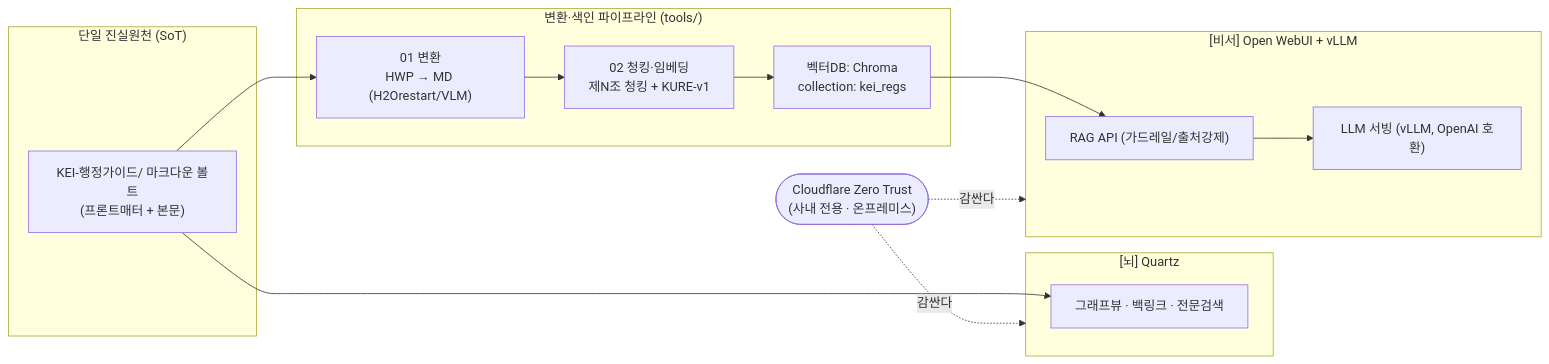
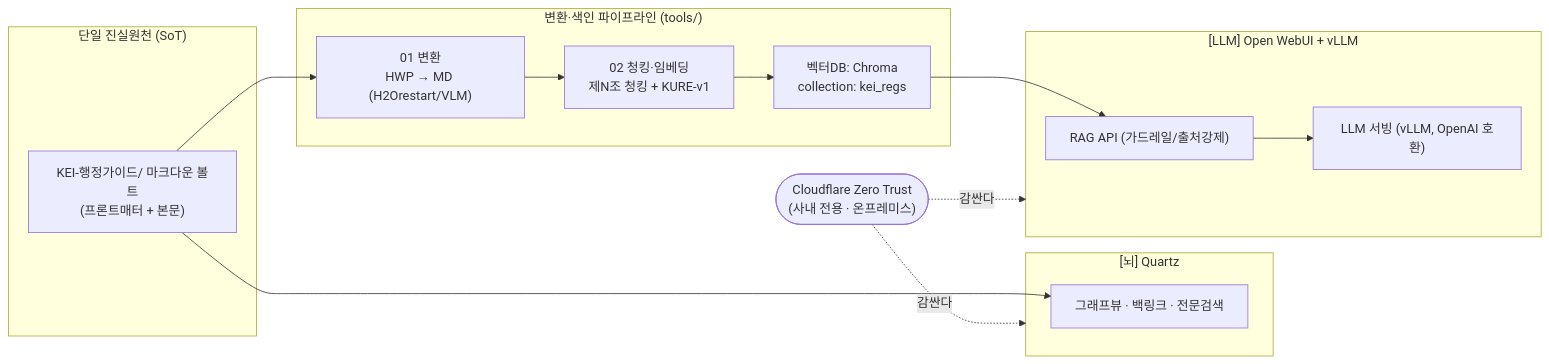
The diagram in docs/11-glossary.md (mooner92/KEIAdminSuperv), drawn with Mermaid before and after one commit. The commit also changed other lines of this file and 50 other files, not shown here.

````diff
--- a/docs/11-glossary.md
+++ b/docs/11-glossary.md
@@ -16,28 +16,28 @@
 ```mermaid
 flowchart LR
     subgraph SoT["단일 진실원천 (SoT)"]
         V["KEI-행정가이드/ 마크다운 볼트<br/>(프론트매터 + 본문)"]
     end
 
     subgraph Pipe["변환·색인 파이프라인 (tools/)"]
         C1["01 변환<br/>HWP → MD (H2Orestart/VLM)"]
         C2["02 청킹·임베딩<br/>제N조 청킹 + KURE-v1"]
         DB["벡터DB: Chroma<br/>collection: kei_regs"]
     end
 
     subgraph Brain["[뇌] Quartz"]
         Q["그래프뷰 · 백링크 · 전문검색"]
     end
 
-    subgraph Asst["[비서] Open WebUI + vLLM"]
+    subgraph Asst["[LLM] Open WebUI + vLLM"]
         R["RAG API (가드레일/출처강제)"]
         L["LLM 서빙 (vLLM, OpenAI 호환)"]
     end
 
     V --> C1 --> C2 --> DB
     V --> Q
     DB --> R --> L
 
     ZT(["Cloudflare Zero Trust<br/>(사내 전용 · 온프레미스)"]) -.감싼다.-> Brain
     ZT -.감싼다.-> Asst
 ```
````
